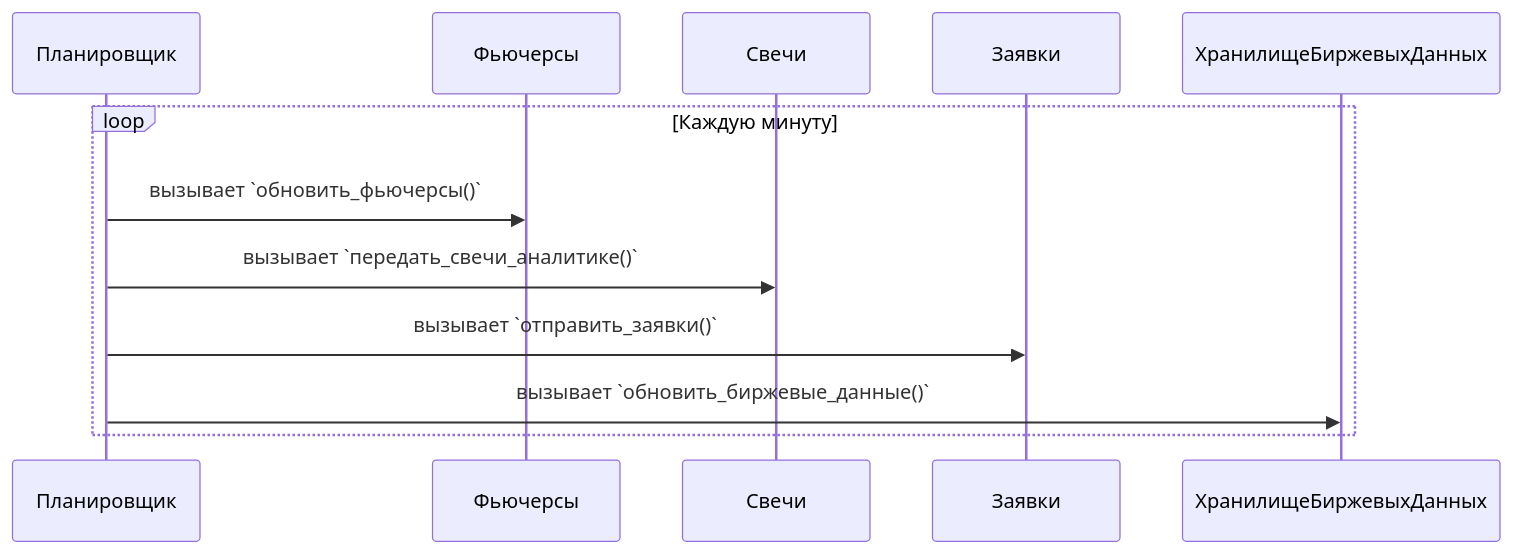
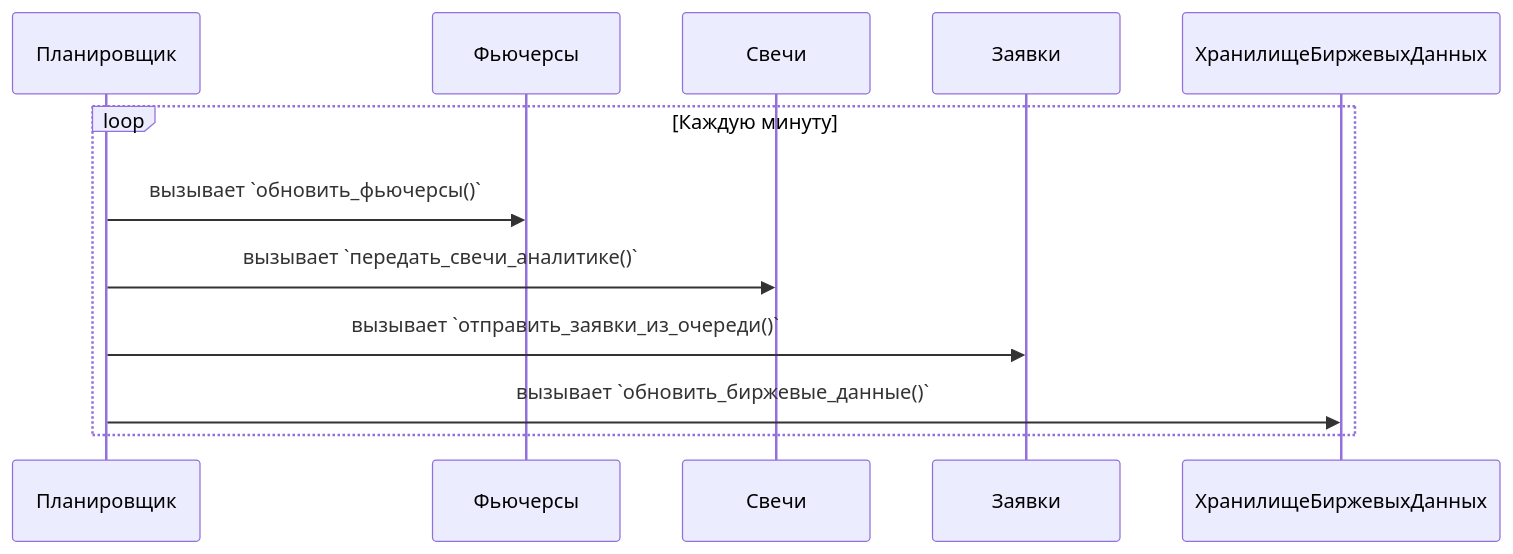
Before and after one commit to Marat22/MiriadRobotDocs: the third of 22 diagrams in robot-logic.md, drawn with Mermaid. The commit also changed other lines of this file, not shown here.

````diff
--- a/robot-logic.md
+++ b/robot-logic.md
@@ -85,9 +85,9 @@
 ```mermaid
 sequenceDiagram
   loop Каждую минуту
   Планировщик->>Фьючерсы: вызывает `обновить_фьючерсы()`
   Планировщик->>Свечи: вызывает `передать_свечи_аналитике()`
-  Планировщик->>Заявки: вызывает `отправить_заявки()`
+  Планировщик->>Заявки: вызывает `отправить_заявки_из_очереди()`
   Планировщик->>ХранилищеБиржевыхДанных: вызывает `обновить_биржевые_данные()`
   end
 ```
````
